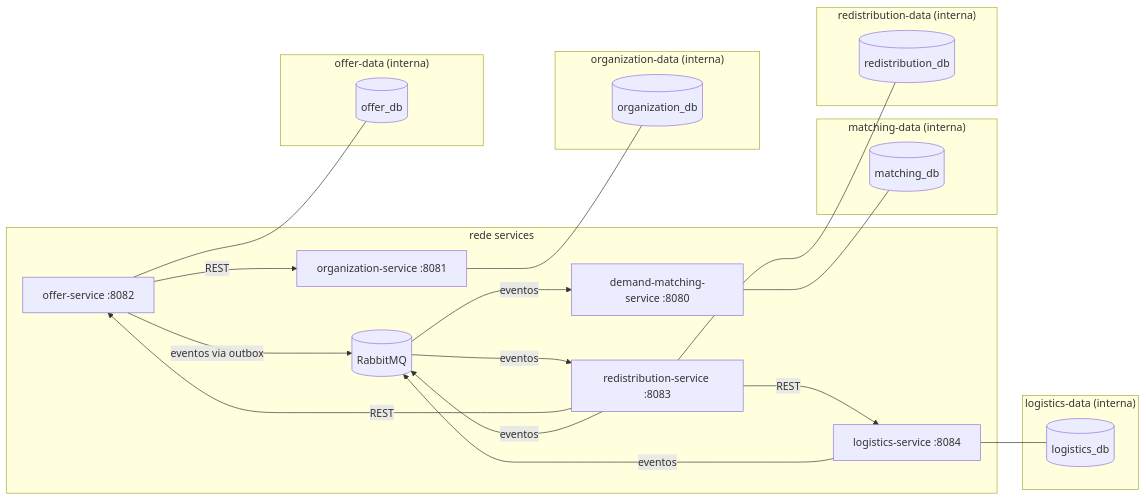
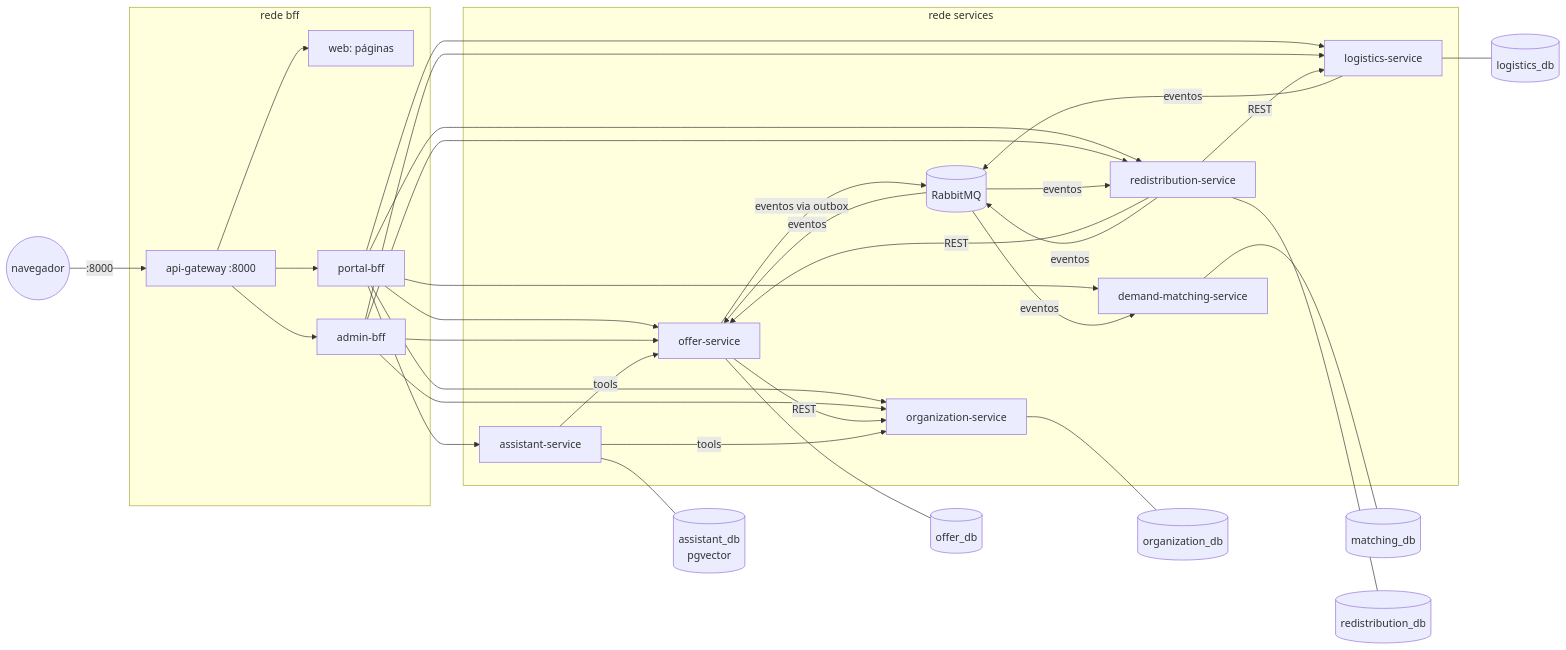
Before and after one commit to anaqzandrade/GCC129-TRABALHO-PRATICO: the diagram in docs/arquitetura/05-containerizacao.md, drawn with Mermaid. The commit also changed other lines of this file and 27 other files, not shown here.

Commit message:
feat: clientes web, gateway como única porta e verificação final (etapas 9 e 10)

````diff
--- a/docs/arquitetura/05-containerizacao.md
+++ b/docs/arquitetura/05-containerizacao.md
@@ -20,42 +21,36 @@
 ```mermaid
 flowchart LR
+    U((navegador)) -->|:8000| GW
+    subgraph bff["rede bff"]
+        GW[api-gateway :8000]
+        WEB[web: páginas]
+        PB[portal-bff]
+        AB[admin-bff]
+    end
     subgraph services["rede services"]
-        ORG[organization-service :8081]
-        OFF[offer-service :8082]
-        MAT[demand-matching-service :8080]
-        RED[redistribution-service :8083]
-        LOG[logistics-service :8084]
+        ORG[organization-service]
+        OFF[offer-service]
+        MAT[demand-matching-service]
+        RED[redistribution-service]
+        LOG[logistics-service]
+        AS[assistant-service]
         MQ[(RabbitMQ)]
     end
-
-    subgraph orgdata["organization-data (interna)"]
-        ORGDB[(organization_db)]
-    end
-    subgraph offdata["offer-data (interna)"]
-        OFFDB[(offer_db)]
-    end
-    subgraph matdata["matching-data (interna)"]
-        MATDB[(matching_db)]
-    end
-    subgraph reddata["redistribution-data (interna)"]
-        REDDB[(redistribution_db)]
-    end
-    subgraph logdata["logistics-data (interna)"]
-        LOGDB[(logistics_db)]
-    end
-
-    ORG --- ORGDB
-    OFF --- OFFDB
-    MAT --- MATDB
-    RED --- REDDB
-    LOG --- LOGDB
-
+    GW --> WEB
+    GW --> PB
+    GW --> AB
+    PB --> ORG & OFF & MAT & RED & LOG & AS
+    AB --> ORG & OFF & RED & LOG
     OFF -->|REST| ORG
-    RED -->|REST| OFF
-    RED -->|REST| LOG
+    RED -->|REST| OFF & LOG
+    AS -->|tools| OFF & ORG
     OFF -->|eventos via outbox| MQ
-    LOG -->|eventos| MQ
-    RED -->|eventos| MQ
-    MQ -->|eventos| RED
-    MQ -->|eventos| MAT
+    LOG & RED -->|eventos| MQ
+    MQ -->|eventos| RED & MAT & OFF
+    ORG --- ORGDB[(organization_db)]
+    OFF --- OFFDB[(offer_db)]
+    MAT --- MATDB[(matching_db)]
+    RED --- REDDB[(redistribution_db)]
+    LOG --- LOGDB[(logistics_db)]
+    AS --- ASDB[(assistant_db<br/>pgvector)]
 ```
````
